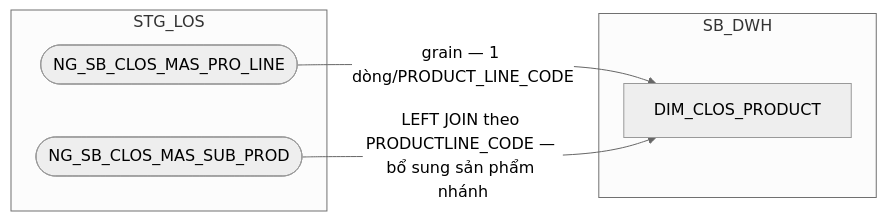
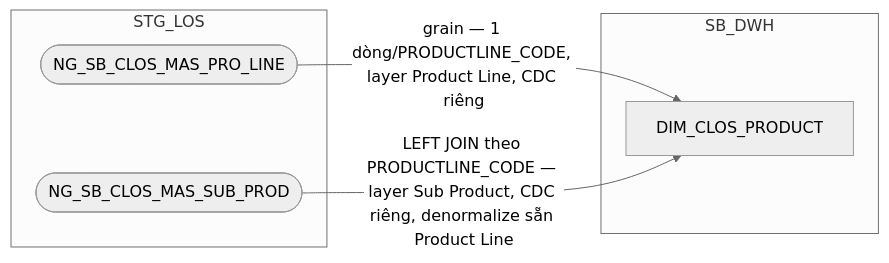
Before and after one commit to chien1198/sb-mapping-gen: the seventh of 14 diagrams in hld/hld_review/HLD_DIM_SB_DWH_review.md, drawn with Mermaid (neutral theme). The commit also changed other lines of this file and 49 other files, not shown here.

````diff
--- a/hld/hld_review/HLD_DIM_SB_DWH_review.md
+++ b/hld/hld_review/HLD_DIM_SB_DWH_review.md
@@ -323,12 +357,12 @@
 ```mermaid
 flowchart LR
     subgraph STG_LOS
         A(["NG_SB_CLOS_MAS_PRO_LINE"])
         B(["NG_SB_CLOS_MAS_SUB_PROD"])
     end
     subgraph SB_DWH
         D["DIM_CLOS_PRODUCT"]
     end
-    A -->|"grain — 1 dòng/PRODUCT_LINE_CODE"| D
-    B -->|"LEFT JOIN theo PRODUCTLINE_CODE — bổ sung sản phẩm nhánh"| D
+    A -->|"grain — 1 dòng/PRODUCTLINE_CODE, layer Product Line, CDC riêng"| D
+    B -->|"LEFT JOIN theo PRODUCTLINE_CODE — layer Sub Product, CDC riêng, denormalize sẵn Product Line"| D
 ```
````
